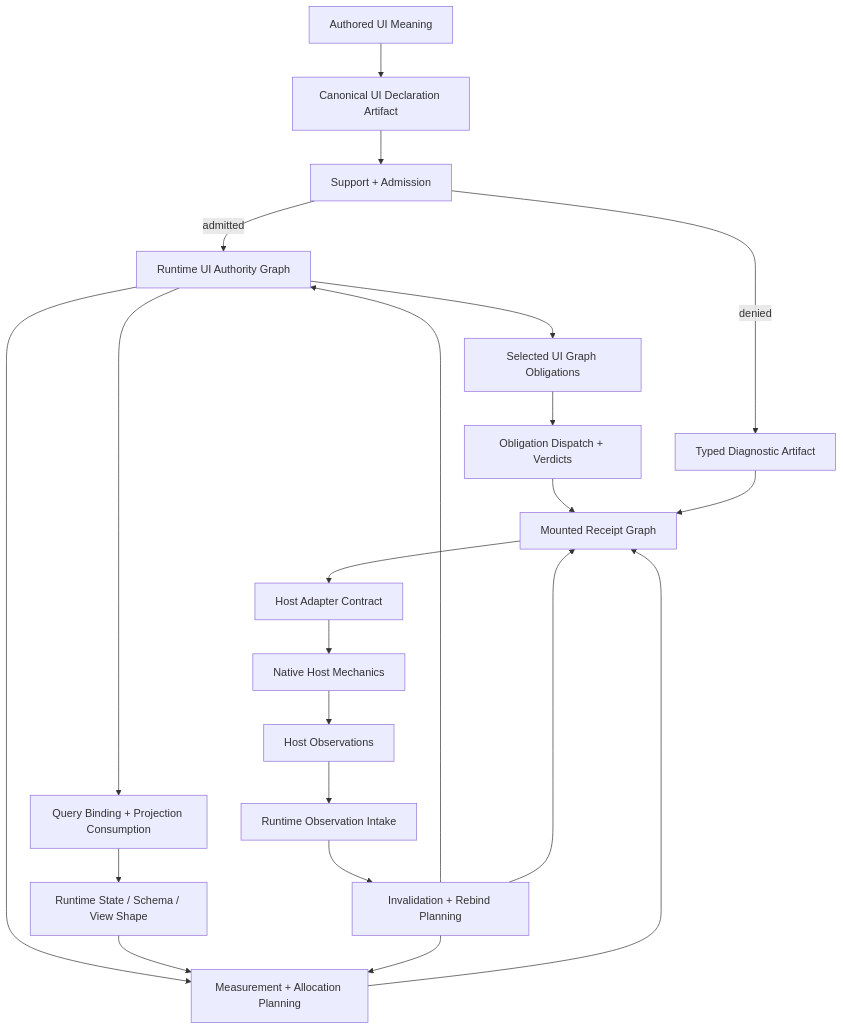
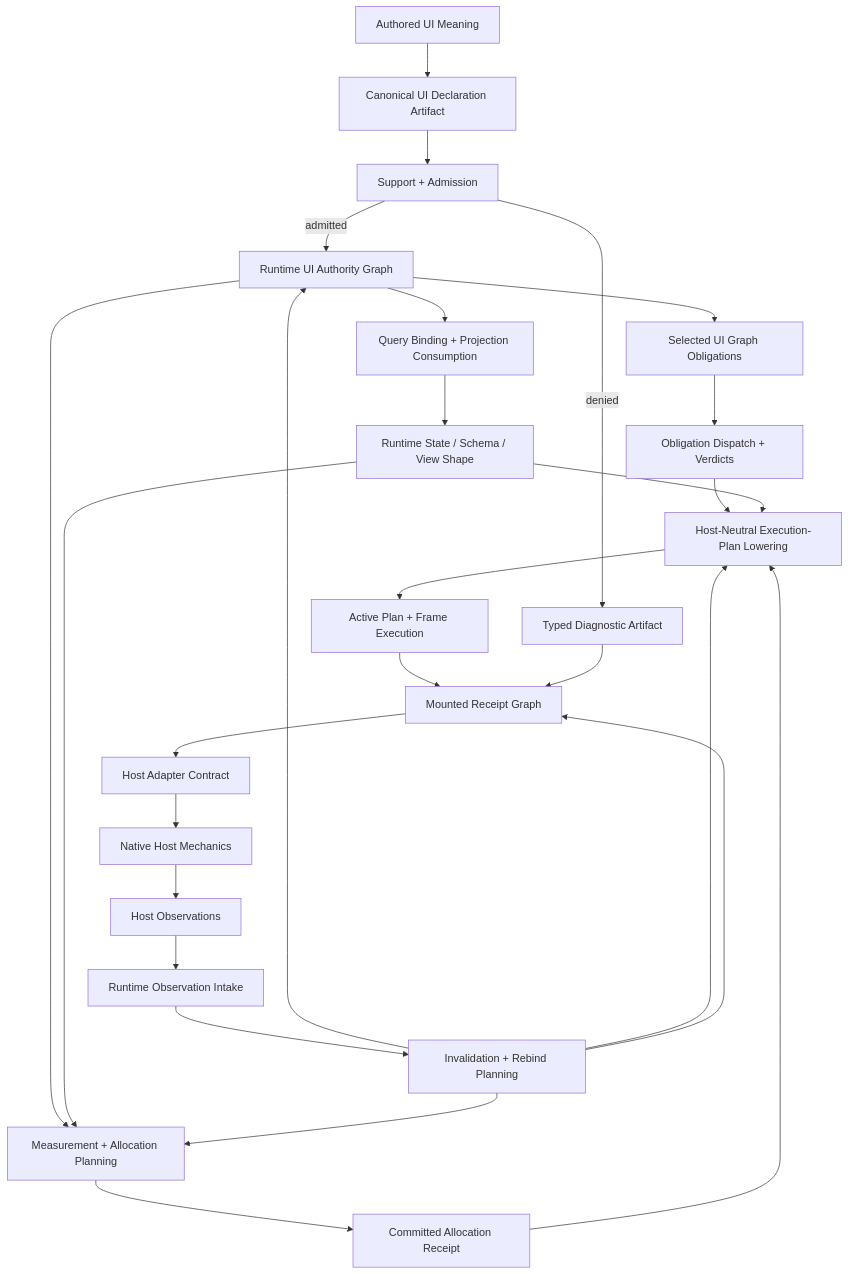
The first of 6 diagrams in workspaces/worth-ui/docs/worth-ui-readme.md (recnepspencer/forge), drawn with Mermaid before and after one commit. The commit also changed other lines of this file and 628 other files, not shown here.

````diff
--- a/workspaces/worth-ui/docs/worth-ui-readme.md
+++ b/workspaces/worth-ui/docs/worth-ui-readme.md
@@ -150,32 +199,37 @@
 ```mermaid
 flowchart TD
     A["Authored UI Meaning"] --> B["Canonical UI Declaration Artifact"]
 
     B --> C["Support + Admission"]
     C -->|admitted| D["Runtime UI Authority Graph"]
     C -->|denied| X["Typed Diagnostic Artifact"]
 
     D --> E["Selected UI Graph Obligations"]
     E --> F["Obligation Dispatch + Verdicts"]
 
     D --> G["Query Binding + Projection Consumption"]
     G --> H["Runtime State / Schema / View Shape"]
 
     D --> I["Measurement + Allocation Planning"]
     H --> I
 
-    F --> J["Mounted Receipt Graph"]
-    I --> J
+    I --> P["Committed Allocation Receipt"]
+    F --> Q["Host-Neutral Execution-Plan Lowering"]
+    H --> Q
+    P --> Q
+    Q --> R["Active Plan + Frame Execution"]
+    R --> J["Mounted Receipt Graph"]
     X --> J
 
     J --> K["Host Adapter Contract"]
     K --> L["Native Host Mechanics"]
 
     L --> M["Host Observations"]
     M --> N["Runtime Observation Intake"]
 
     N --> O["Invalidation + Rebind Planning"]
     O --> D
     O --> I
+    O --> Q
     O --> J
 ```
````
